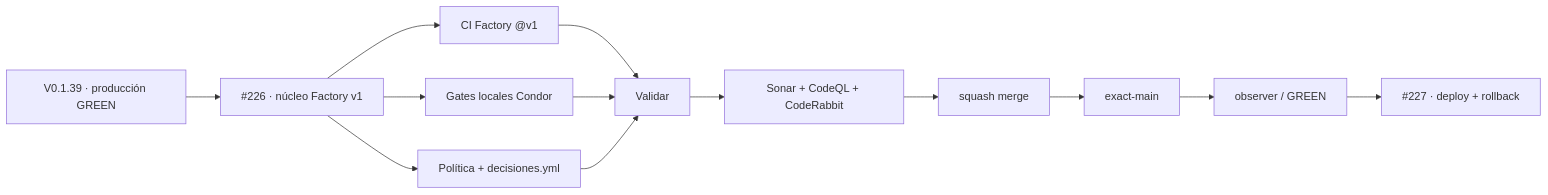
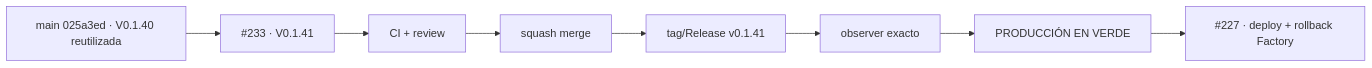
The diagram in README.md (pl0n3r/Condor), drawn with Mermaid before and after one commit. The commit also changed other lines of this file and 1 other file, not shown here.

First line of the commit message:
fix(release): corregir identidad reutilizada tras Sentry (V 0.1.41)

````diff
--- a/README.md
+++ b/README.md
@@ -67,15 +49,10 @@
 ```mermaid
 flowchart LR
-  A["V0.1.39 · producción GREEN"] --> B["#226 · núcleo Factory v1"]
-  B --> C["CI Factory @v1"]
-  B --> L["Gates locales Condor"]
-  B --> P["Política + decisiones.yml"]
-  C --> V["Validar"]
-  L --> V
-  P --> V
-  V --> R["Sonar + CodeQL + CodeRabbit"]
-  R --> M["squash merge"]
-  M --> X["exact-main"]
-  X --> O["observer / GREEN"]
-  O --> N["#227 · deploy + rollback"]
+  A["main 025a3ed · V0.1.40 reutilizada"] --> B["#233 · V0.1.41"]
+  B --> C["CI + review"]
+  C --> D["squash merge"]
+  D --> E["tag/Release v0.1.41"]
+  E --> F["observer exacto"]
+  F --> G["PRODUCCIÓN EN VERDE"]
+  G --> H["#227 · deploy + rollback Factory"]
 ```
````
